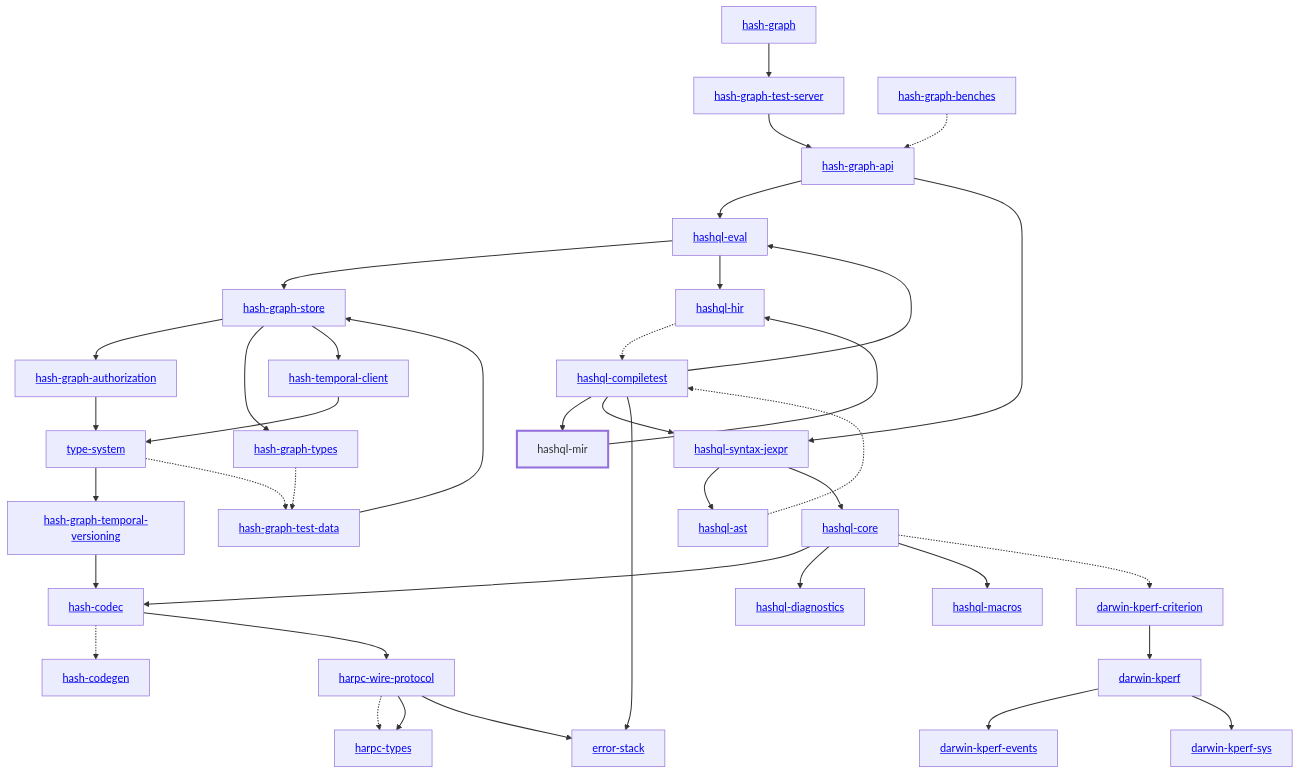
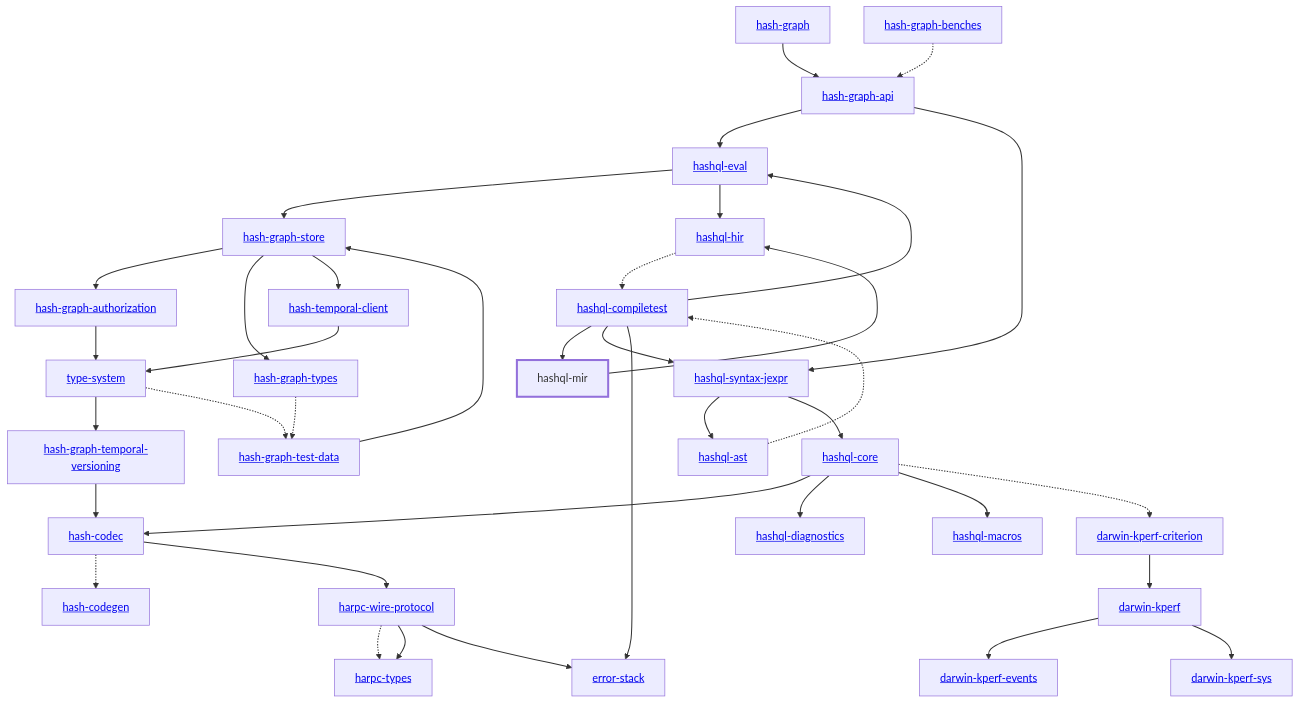
Before and after one commit to hashintel/hash: the diagram in libs/@local/hashql/mir/docs/dependency-diagram.mmd, drawn with Mermaid. The commit also changed 85 other files, not shown here.

First line of the commit message:
BE-426: Merge graph test-server into admin endpoint in main binary

```diff
--- a/libs/@local/hashql/mir/docs/dependency-diagram.mmd
+++ b/libs/@local/hashql/mir/docs/dependency-diagram.mmd
@@ -1,78 +1,76 @@
 graph TD
     linkStyle default stroke-width:1.5px
     classDef default stroke-width:1px
     classDef root stroke-width:3px
     classDef dev stroke-width:1px
     classDef build stroke-width:1px
     %% Legend
     %% --> : Normal dependency
     %% -.-> : Dev dependency
     %% ---> : Build dependency
     0[<a href="../hash_graph/index.html">hash-graph</a>]
     1[<a href="../type_system/index.html">type-system</a>]
     2[<a href="../hash_codec/index.html">hash-codec</a>]
     3[<a href="../hash_codegen/index.html">hash-codegen</a>]
     4[<a href="../hash_graph_api/index.html">hash-graph-api</a>]
     5[<a href="../hash_graph_authorization/index.html">hash-graph-authorization</a>]
     6[<a href="../hash_graph_store/index.html">hash-graph-store</a>]
     7[<a href="../hash_graph_temporal_versioning/index.html">hash-graph-temporal-versioning</a>]
-    8[<a href="../hash_graph_test_server/index.html">hash-graph-test-server</a>]
-    9[<a href="../hash_graph_types/index.html">hash-graph-types</a>]
-    10[<a href="../harpc_types/index.html">harpc-types</a>]
-    11[<a href="../harpc_wire_protocol/index.html">harpc-wire-protocol</a>]
-    12[<a href="../hashql_ast/index.html">hashql-ast</a>]
-    13[<a href="../hashql_compiletest/index.html">hashql-compiletest</a>]
-    14[<a href="../hashql_core/index.html">hashql-core</a>]
-    15[<a href="../hashql_diagnostics/index.html">hashql-diagnostics</a>]
-    16[<a href="../hashql_eval/index.html">hashql-eval</a>]
-    17[<a href="../hashql_hir/index.html">hashql-hir</a>]
-    18[<a href="../hashql_macros/index.html">hashql-macros</a>]
-    19[hashql-mir]
-    class 19 root
-    20[<a href="../hashql_syntax_jexpr/index.html">hashql-syntax-jexpr</a>]
-    21[<a href="../hash_temporal_client/index.html">hash-temporal-client</a>]
-    22[<a href="../darwin_kperf/index.html">darwin-kperf</a>]
-    23[<a href="../darwin_kperf_criterion/index.html">darwin-kperf-criterion</a>]
-    24[<a href="../darwin_kperf_events/index.html">darwin-kperf-events</a>]
-    25[<a href="../darwin_kperf_sys/index.html">darwin-kperf-sys</a>]
-    26[<a href="../error_stack/index.html">error-stack</a>]
-    27[<a href="../hash_graph_benches/index.html">hash-graph-benches</a>]
-    28[<a href="../hash_graph_test_data/index.html">hash-graph-test-data</a>]
-    0 --> 8
+    8[<a href="../hash_graph_types/index.html">hash-graph-types</a>]
+    9[<a href="../harpc_types/index.html">harpc-types</a>]
+    10[<a href="../harpc_wire_protocol/index.html">harpc-wire-protocol</a>]
+    11[<a href="../hashql_ast/index.html">hashql-ast</a>]
+    12[<a href="../hashql_compiletest/index.html">hashql-compiletest</a>]
+    13[<a href="../hashql_core/index.html">hashql-core</a>]
+    14[<a href="../hashql_diagnostics/index.html">hashql-diagnostics</a>]
+    15[<a href="../hashql_eval/index.html">hashql-eval</a>]
+    16[<a href="../hashql_hir/index.html">hashql-hir</a>]
+    17[<a href="../hashql_macros/index.html">hashql-macros</a>]
+    18[hashql-mir]
+    class 18 root
+    19[<a href="../hashql_syntax_jexpr/index.html">hashql-syntax-jexpr</a>]
+    20[<a href="../hash_temporal_client/index.html">hash-temporal-client</a>]
+    21[<a href="../darwin_kperf/index.html">darwin-kperf</a>]
+    22[<a href="../darwin_kperf_criterion/index.html">darwin-kperf-criterion</a>]
+    23[<a href="../darwin_kperf_events/index.html">darwin-kperf-events</a>]
+    24[<a href="../darwin_kperf_sys/index.html">darwin-kperf-sys</a>]
+    25[<a href="../error_stack/index.html">error-stack</a>]
+    26[<a href="../hash_graph_benches/index.html">hash-graph-benches</a>]
+    27[<a href="../hash_graph_test_data/index.html">hash-graph-test-data</a>]
+    0 --> 4
     1 --> 7
-    1 -.-> 28
+    1 -.-> 27
     2 -.-> 3
-    2 --> 11
-    4 --> 16
-    4 --> 20
+    2 --> 10
+    4 --> 15
+    4 --> 19
     5 --> 1
     6 --> 5
-    6 --> 9
-    6 --> 21
+    6 --> 8
+    6 --> 20
     7 --> 2
-    8 --> 4
-    9 -.-> 28
-    11 -.-> 10
-    11 --> 10
-    11 --> 26
-    12 -.-> 13
-    13 --> 16
-    13 --> 19
-    13 --> 20
-    13 --> 26
-    14 --> 2
-    14 --> 15
-    14 --> 18
-    14 -.-> 23
-    16 --> 6
-    16 --> 17
-    17 -.-> 13
-    19 --> 17
-    20 --> 12
-    20 --> 14
-    21 --> 1
-    22 --> 24
-    22 --> 25
-    23 --> 22
-    27 -.-> 4
-    28 --> 6
+    8 -.-> 27
+    10 -.-> 9
+    10 --> 9
+    10 --> 25
+    11 -.-> 12
+    12 --> 15
+    12 --> 18
+    12 --> 19
+    12 --> 25
+    13 --> 2
+    13 --> 14
+    13 --> 17
+    13 -.-> 22
+    15 --> 6
+    15 --> 16
+    16 -.-> 12
+    18 --> 16
+    19 --> 11
+    19 --> 13
+    20 --> 1
+    21 --> 23
+    21 --> 24
+    22 --> 21
+    26 -.-> 4
+    27 --> 6
```
